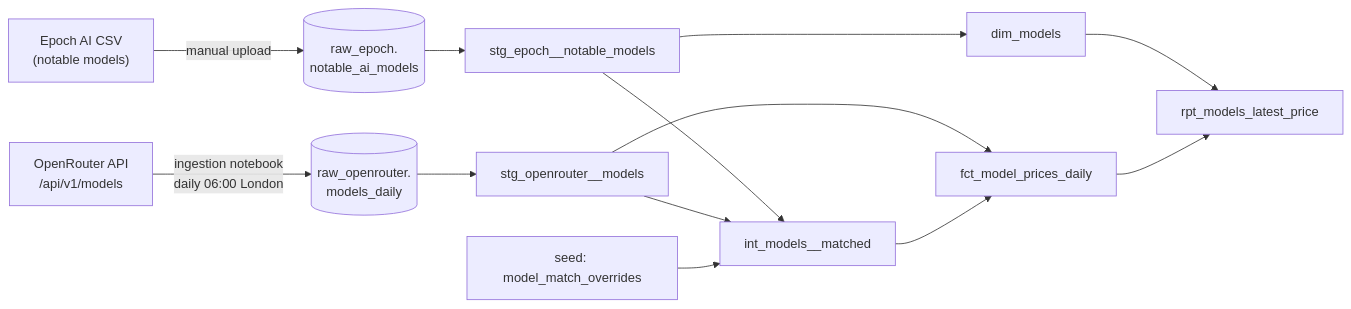
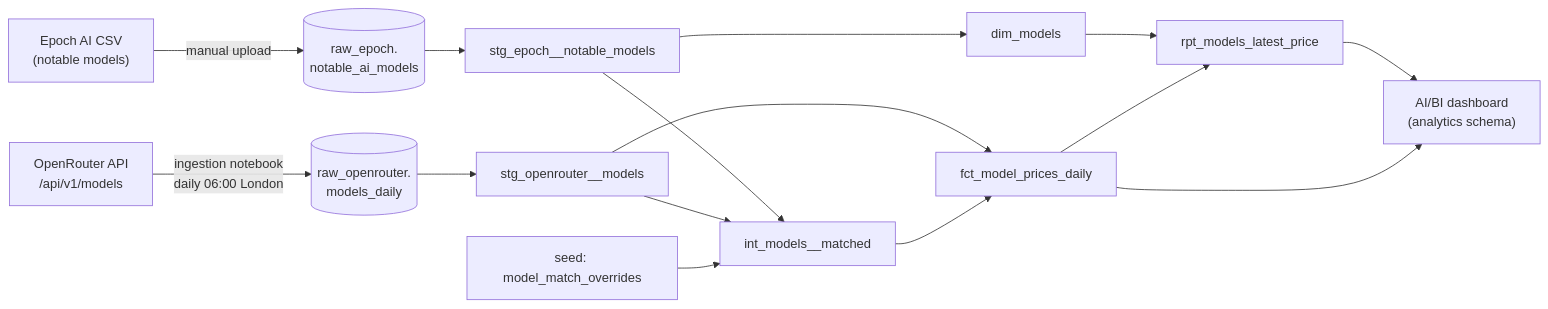
Before and after one commit to Nicholas-create/dbt-databricks-sandbox: the diagram in README.md, drawn with Mermaid. The commit also changed other lines of this file and 3 other files, not shown here.

````diff
--- a/README.md
+++ b/README.md
@@ -34,19 +40,22 @@
 ```mermaid
 flowchart LR
     epoch_csv["Epoch AI CSV<br/>(notable models)"] -->|manual upload| raw_epoch[("raw_epoch.<br/>notable_ai_models")]
     or_api["OpenRouter API<br/>/api/v1/models"] -->|"ingestion notebook<br/>daily 06:00 London"| raw_or[("raw_openrouter.<br/>models_daily")]
 
     raw_epoch --> stg_epoch["stg_epoch__notable_models"]
     raw_or --> stg_or["stg_openrouter__models"]
 
     stg_epoch --> int_matched["int_models__matched"]
     stg_or --> int_matched
     seed["seed: model_match_overrides"] --> int_matched
 
     stg_epoch --> dim["dim_models"]
     stg_or --> fct["fct_model_prices_daily"]
     int_matched --> fct
 
     dim --> rpt["rpt_models_latest_price"]
     fct --> rpt
+
+    rpt --> dash["AI/BI dashboard<br/>(analytics schema)"]
+    fct --> dash
 ```
````
